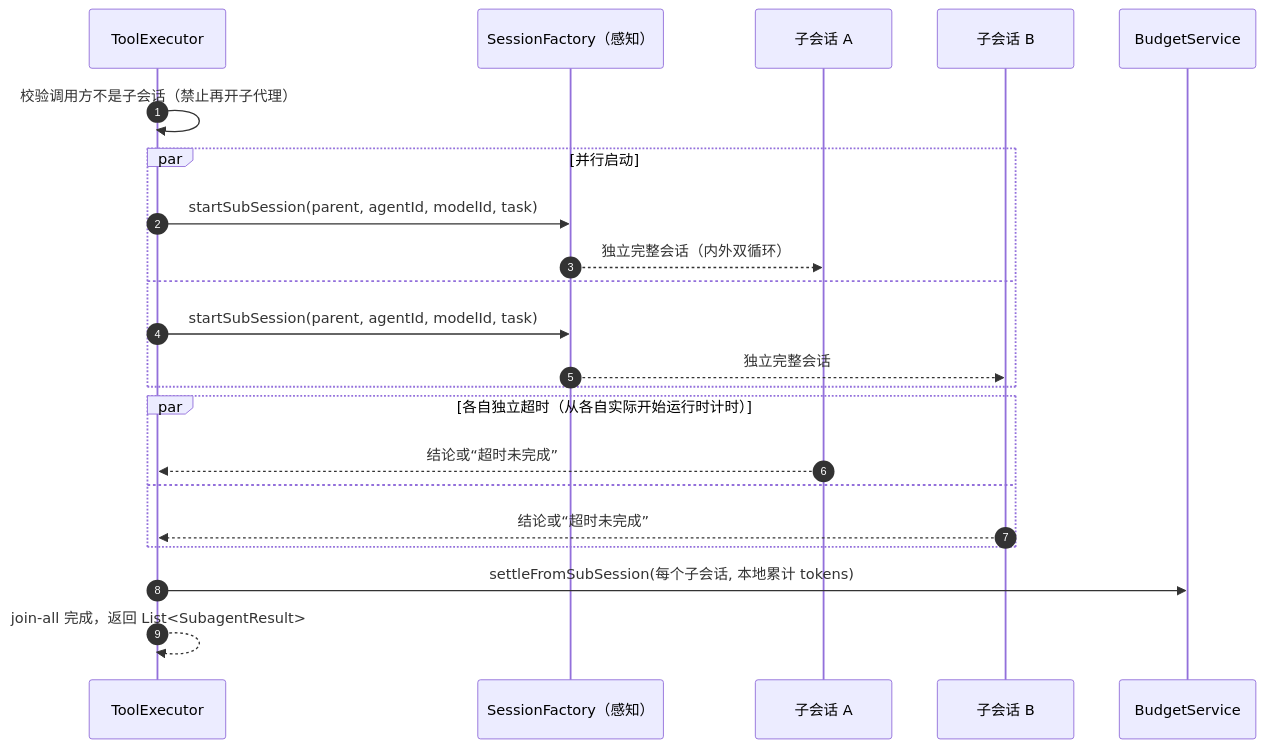
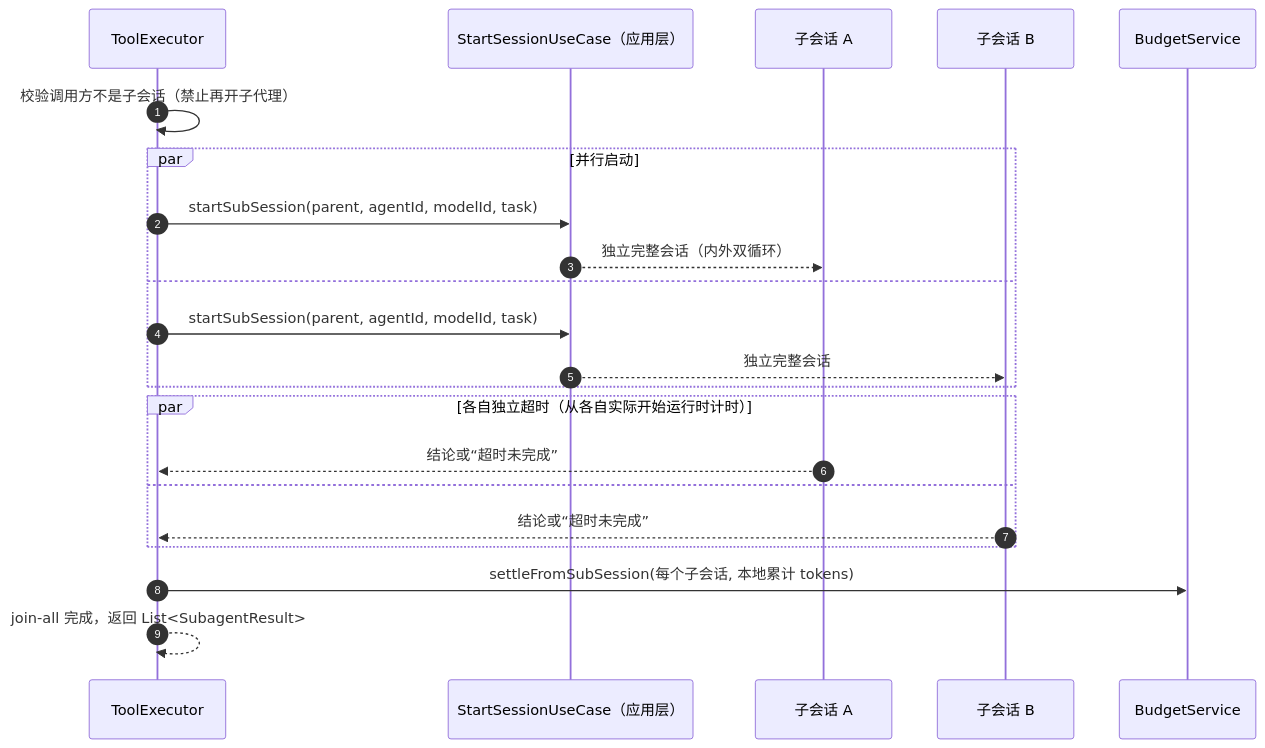
One commit to zcd0831/Jellyfish-Docs changed the fourth of 5 diagrams in model/模块-行动.md. Above: the diagram before and after it, drawn with Mermaid. The commit also changed other lines of this file and 9 other files, not shown here.

````diff
--- a/model/模块-行动.md
+++ b/model/模块-行动.md
@@ -469,25 +462,25 @@
 ```mermaid
 sequenceDiagram
     autonumber
     participant TE as ToolExecutor
-    participant SF as SessionFactory（感知）
+    participant SF as StartSessionUseCase（应用层）
     participant C1 as 子会话 A
     participant C2 as 子会话 B
     participant BS as BudgetService
 
     TE->>TE: 校验调用方不是子会话（禁止再开子代理）
     par 并行启动
         TE->>SF: startSubSession(parent, agentId, modelId, task)
         SF-->>C1: 独立完整会话（内外双循环）
     and
         TE->>SF: startSubSession(parent, agentId, modelId, task)
         SF-->>C2: 独立完整会话
     end
     par 各自独立超时（从各自实际开始运行时计时）
         C1-->>TE: 结论或“超时未完成”
     and
         C2-->>TE: 结论或“超时未完成”
     end
     TE->>BS: settleFromSubSession(每个子会话, 本地累计 tokens)
     TE-->>TE: join-all 完成，返回 List<SubagentResult>
 ```
````
